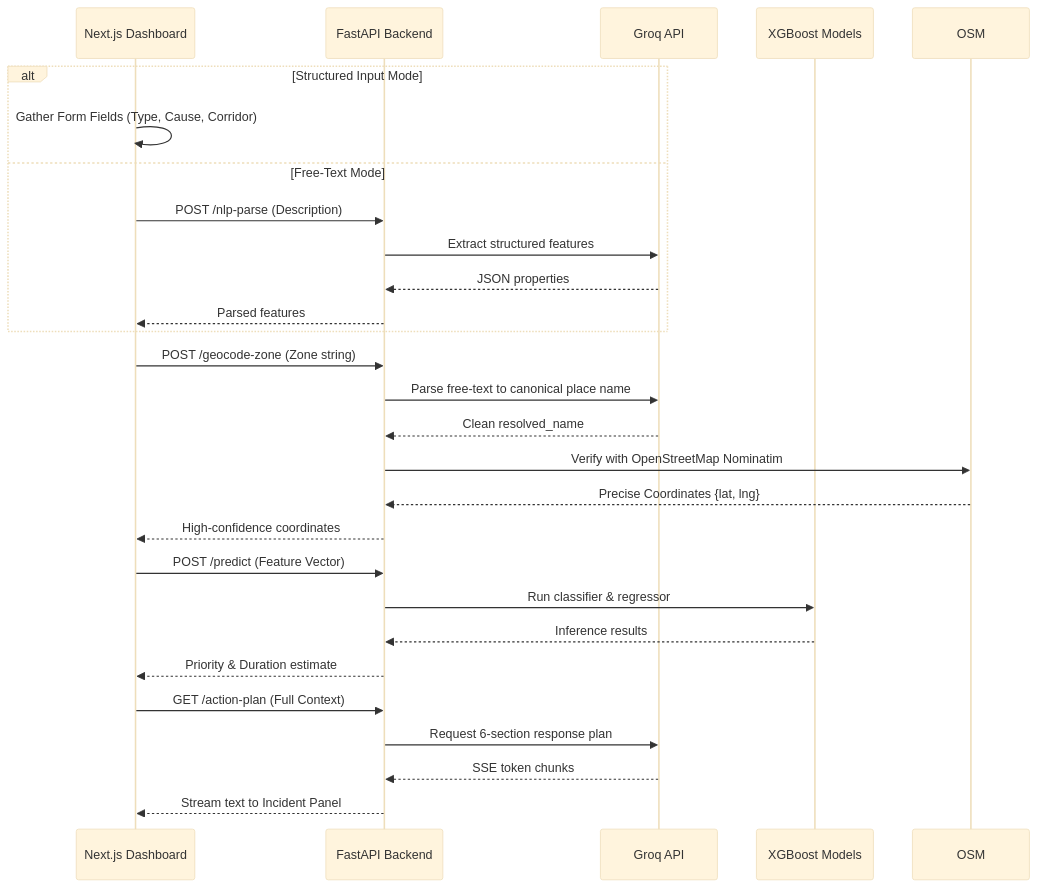
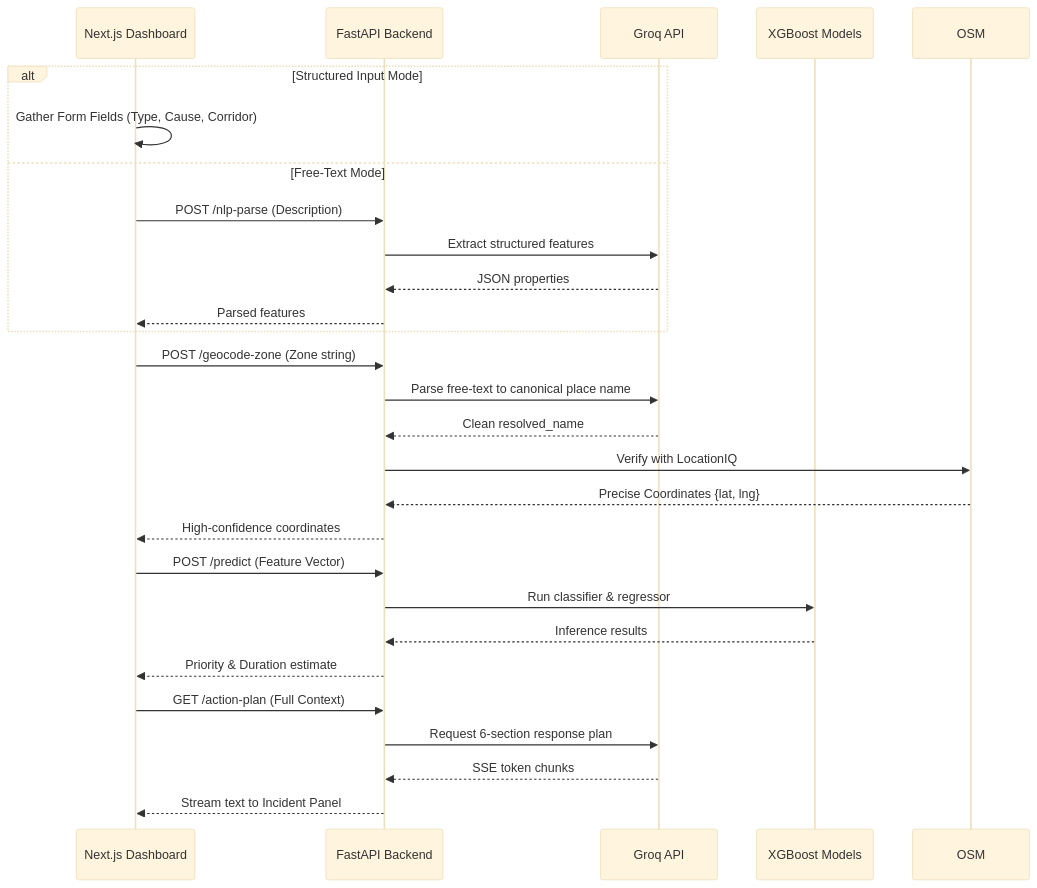
One commit to sagarsarangi/Smart_traffic_Intelligence changed the second of 4 diagrams in README.md. Above: the diagram before and after it, drawn with Mermaid (base theme). The commit also changed other lines of this file and 4 other files, not shown here.

````diff
--- a/README.md
+++ b/README.md
@@ -68,33 +68,33 @@
 ```mermaid
 sequenceDiagram
     participant UI as Next.js Dashboard
     participant API as FastAPI Backend
     participant LLM as Groq API
     participant ML as XGBoost Models
     
     alt Structured Input Mode
         UI->>UI: Gather Form Fields (Type, Cause, Corridor)
     else Free-Text Mode
         UI->>API: POST /nlp-parse (Description)
         API->>LLM: Extract structured features
         LLM-->>API: JSON properties
         API-->>UI: Parsed features
     end
     
     UI->>API: POST /geocode-zone (Zone string)
     API->>LLM: Parse free-text to canonical place name
     LLM-->>API: Clean resolved_name
-    API->>OSM: Verify with OpenStreetMap Nominatim
+    API->>OSM: Verify with LocationIQ
     OSM-->>API: Precise Coordinates {lat, lng}
     API-->>UI: High-confidence coordinates
     
     UI->>API: POST /predict (Feature Vector)
     API->>ML: Run classifier & regressor
     ML-->>API: Inference results
     API-->>UI: Priority & Duration estimate
     
     UI->>API: GET /action-plan (Full Context)
     API->>LLM: Request 6-section response plan
     LLM-->>API: SSE token chunks
     API-->>UI: Stream text to Incident Panel
 ```
````
